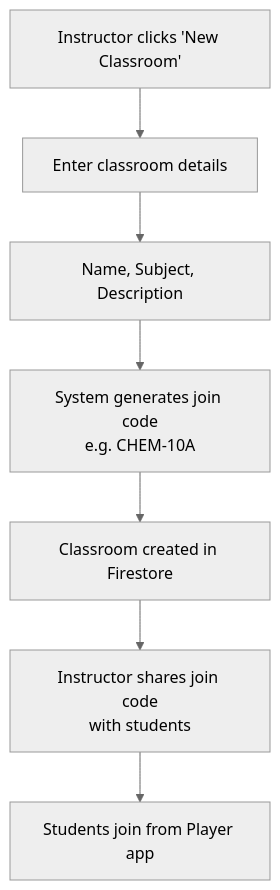
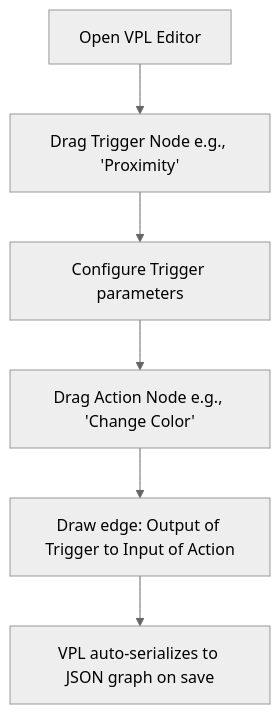
One commit to abdullahiftikhar0/LucidLab changed the second of 5 diagrams in docs/06-workflows.md. Above: the diagram before and after it, drawn with Mermaid (neutral theme). The commit also changed other lines of this file and 1278 other files, not shown here.

````diff
--- a/docs/06-workflows.md
+++ b/docs/06-workflows.md
@@ -30,9 +69,8 @@
 ```mermaid
 flowchart TD
-    A[Instructor clicks 'New Classroom'] --> B[Enter classroom details]
-    B --> C[Name, Subject, Description]
-    C --> D[System generates join code<br/>e.g. CHEM-10A]
-    D --> E[Classroom created in Firestore]
-    E --> F[Instructor shares join code<br/>with students]
-    F --> G[Students join from Player app]
+    A[Open VPL Editor] --> B[Drag Trigger Node e.g., 'Proximity']
+    B --> C[Configure Trigger parameters]
+    C --> D[Drag Action Node e.g., 'Change Color']
+    D --> E[Draw edge: Output of Trigger to Input of Action]
+    E --> F[VPL auto-serializes to JSON graph on save]
 ```
````
